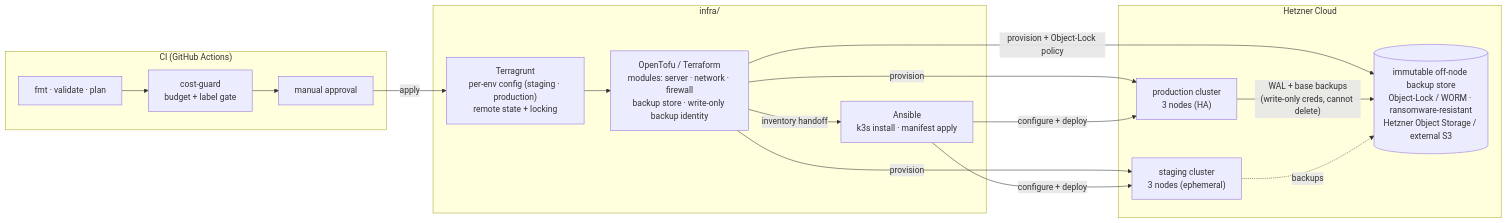
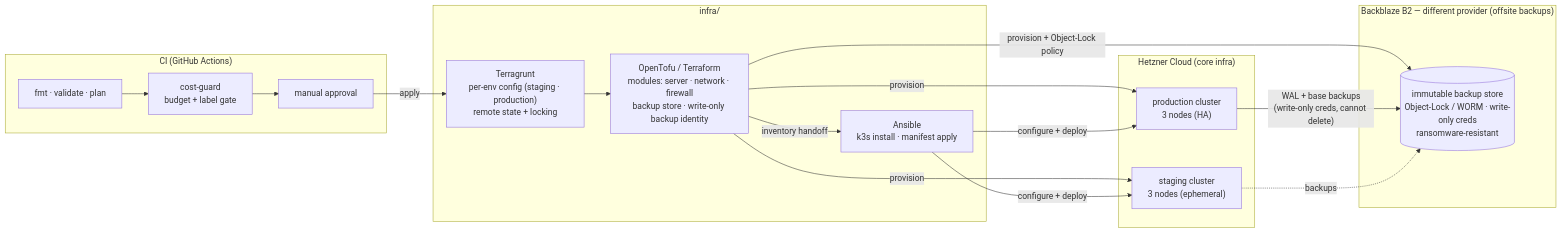
The second of 4 diagrams in README.md (marco-montesines/maagaparuga), drawn with Mermaid before and after one commit. The commit also changed other lines of this file and 2 other files, not shown here.

First line of the commit message:
docs: offsite backups -> Backblaze B2 (cross-provider + Object-Lock); accuracy pass

````diff
--- a/README.md
+++ b/README.md
@@ -375,30 +381,33 @@
 ```mermaid
 flowchart LR
     subgraph iac["infra/"]
         tg["Terragrunt<br/>per-env config (staging · production)<br/>remote state + locking"]
         tofu["OpenTofu / Terraform<br/>modules: server · network · firewall<br/>backup store · write-only backup identity"]
         ansible["Ansible<br/>k3s install · manifest apply"]
     end
 
     subgraph ci["CI (GitHub Actions)"]
         validate["fmt · validate · plan"]
         guard["cost-guard<br/>budget + label gate"]
         approval["manual approval"]
     end
 
-    subgraph hetzner["Hetzner Cloud"]
+    subgraph hetzner["Hetzner Cloud (core infra)"]
         stg["staging cluster<br/>3 nodes (ephemeral)"]
         prd["production cluster<br/>3 nodes (HA)"]
-        dr[("immutable off-node backup store<br/>Object-Lock / WORM · ransomware-resistant<br/>Hetzner Object Storage / external S3")]
+    end
+
+    subgraph offsite["Backblaze B2 — different provider (offsite backups)"]
+        dr[("immutable backup store<br/>Object-Lock / WORM · write-only creds<br/>ransomware-resistant")]
     end
 
     validate --> guard --> approval
     approval -- "apply" --> tg
     tg --> tofu
     tofu -- "provision" --> stg & prd
     tofu -- "provision + Object-Lock policy" --> dr
     tofu -- "inventory handoff" --> ansible
     ansible -- "configure + deploy" --> stg & prd
     prd -- "WAL + base backups<br/>(write-only creds, cannot delete)" --> dr
     stg -. "backups" .-> dr
 ```
````
